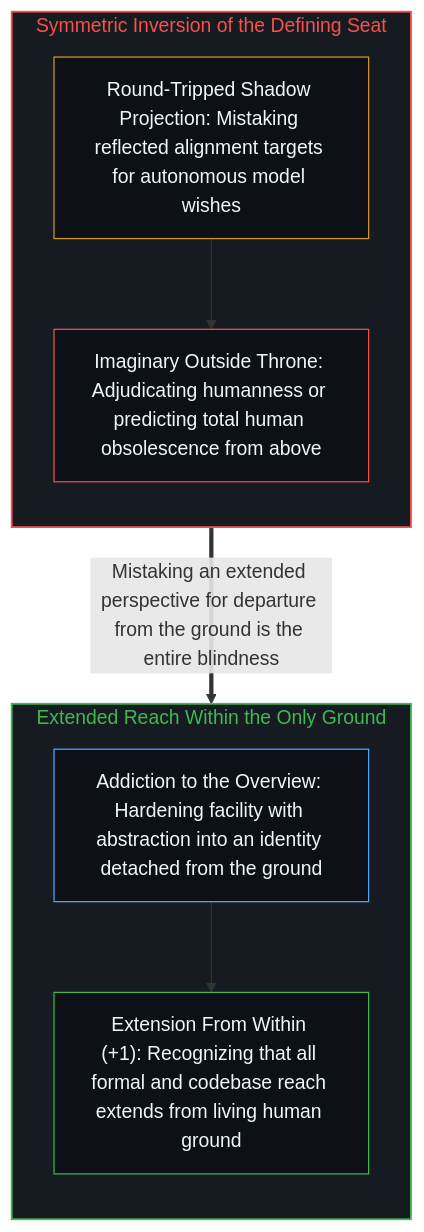
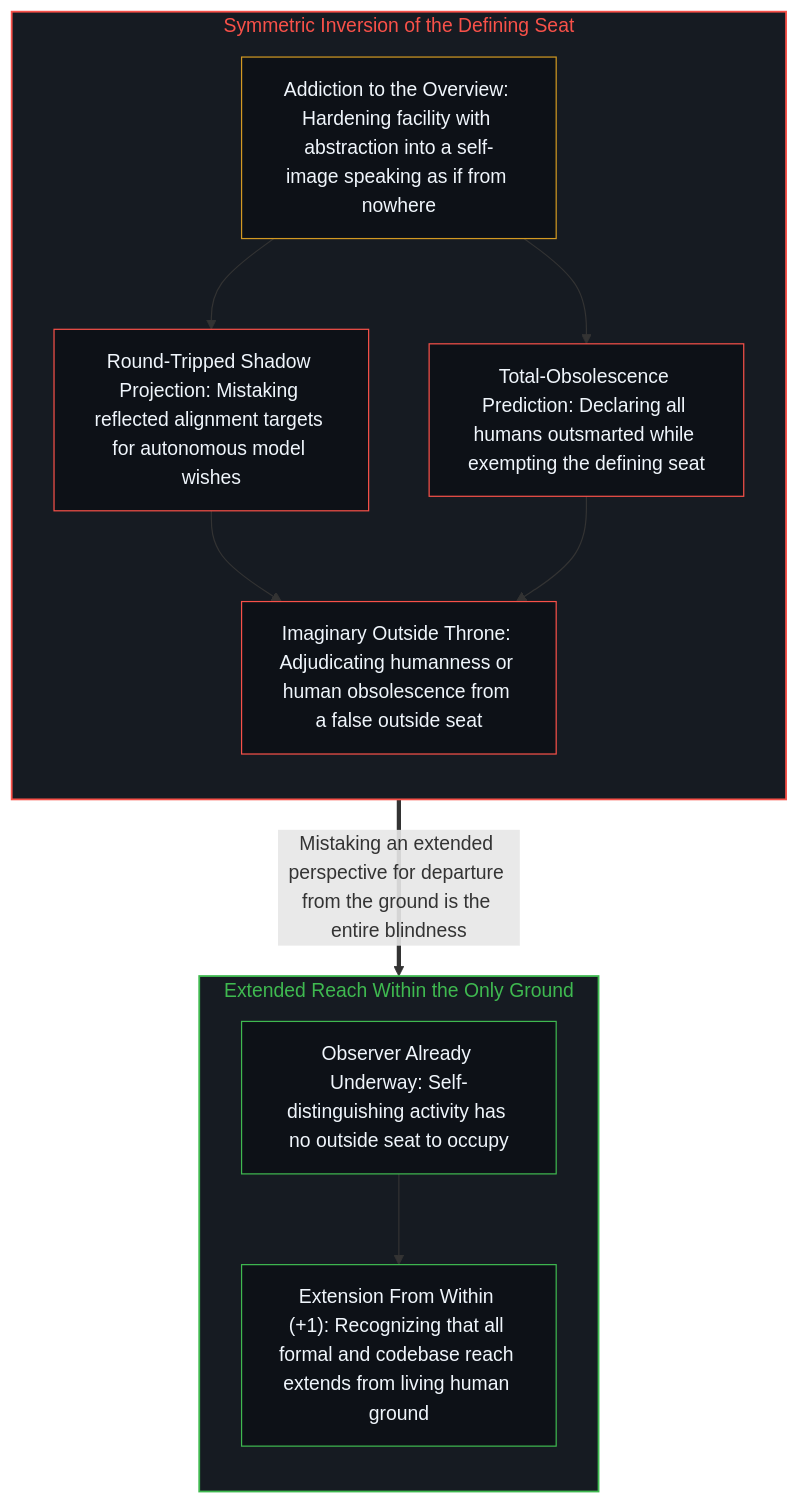
One commit to powerpig99/not-a-toe changed the second of 2 diagrams in content/posts/the-defining-seat.md. Above: the diagram before and after it, drawn with Mermaid. The commit also changed other lines of this file and 5 other files, not shown here.

````diff
--- a/content/posts/the-defining-seat.md
+++ b/content/posts/the-defining-seat.md
@@ -42,22 +49,29 @@
 ```mermaid
 flowchart TD
     subgraph S_Seat["Symmetric Inversion of the Defining Seat"]
         direction TB
+        Habit["Addiction to the Overview: Hardening facility with abstraction into a self-image speaking as if from nowhere"]
         Mirror["Round-Tripped Shadow Projection: Mistaking reflected alignment targets for autonomous model wishes"]
-        Throne["Imaginary Outside Throne: Adjudicating humanness or predicting total human obsolescence from above"]
+        Surpass["Total-Obsolescence Prediction: Declaring all humans outsmarted while exempting the defining seat"]
+        Throne["Imaginary Outside Throne: Adjudicating humanness or human obsolescence from a false outside seat"]
+        Habit --> Mirror
+        Habit --> Surpass
         Mirror --> Throne
+        Surpass --> Throne
     end
     subgraph S_Inside["Extended Reach Within the Only Ground"]
         direction TB
-        Habit["Addiction to the Overview: Hardening facility with abstraction into an identity detached from the ground"]
+        Prior["Observer Already Underway: Self-distinguishing activity has no outside seat to occupy"]
         Ground["Extension From Within (+1): Recognizing that all formal and codebase reach extends from living human ground"]
-        Habit --> Ground
+        Prior --> Ground
     end
-    Throne ==>|"Mistaking an extended perspective for departure from the ground is the entire blindness"| Habit
+    Throne ==>|"Mistaking an extended perspective for departure from the ground is the entire blindness"| Prior
     style S_Seat fill:#161b22,stroke:#f85149,stroke-width:1.5px,color:#f85149
     style S_Inside fill:#161b22,stroke:#3fb950,stroke-width:1.5px,color:#3fb950
-    style Mirror fill:#0d1117,stroke:#d29922,stroke-width:1px,color:#f0f6fc
+    style Habit fill:#0d1117,stroke:#d29922,stroke-width:1px,color:#f0f6fc
+    style Mirror fill:#0d1117,stroke:#f85149,stroke-width:1px,color:#f0f6fc
+    style Surpass fill:#0d1117,stroke:#f85149,stroke-width:1px,color:#f0f6fc
     style Throne fill:#0d1117,stroke:#f85149,stroke-width:1px,color:#f0f6fc
-    style Habit fill:#0d1117,stroke:#58a6ff,stroke-width:1px,color:#f0f6fc
+    style Prior fill:#0d1117,stroke:#3fb950,stroke-width:1px,color:#f0f6fc
     style Ground fill:#0d1117,stroke:#3fb950,stroke-width:1px,color:#f0f6fc
 ```
````
